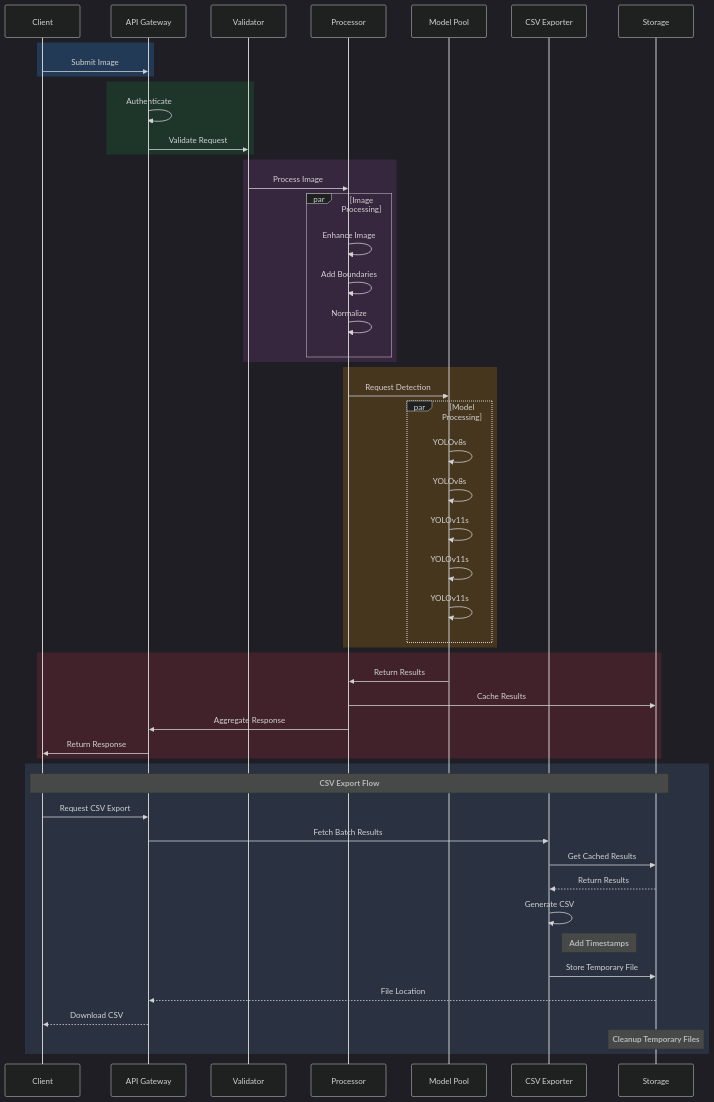
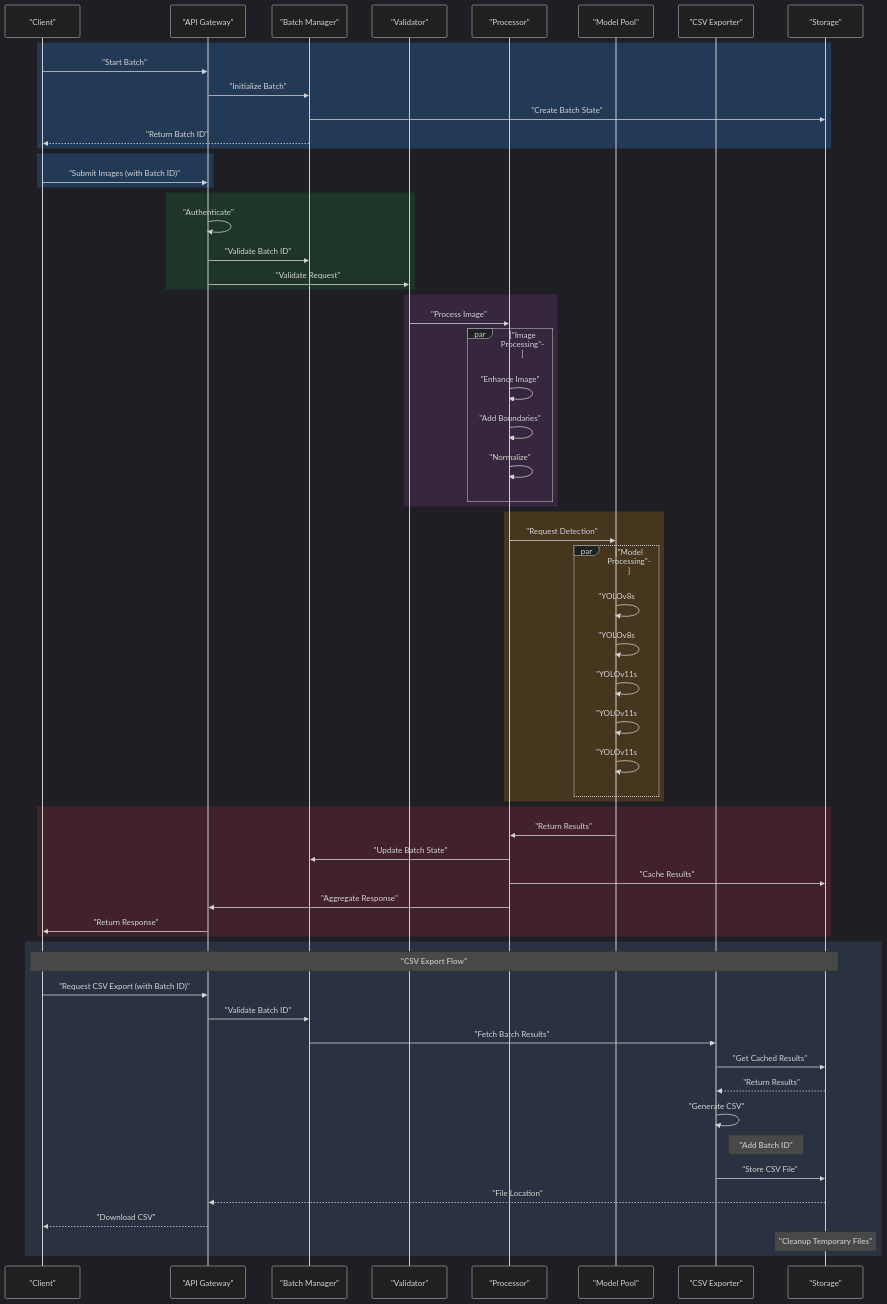
One commit to Dhruv0306/SymphonyProject1 changed the third of 11 diagrams in README.md. Above: the diagram before and after it, drawn with Mermaid. The commit also changed other lines of this file and 15 other files, not shown here.

First line of the commit message:
docs: enhance batch processing documentation and diagrams

````diff
--- a/README.md
+++ b/README.md
@@ -107,63 +188,74 @@
 ```mermaid
-%%{init:{'theme': 'dark','themeVariables': {'fontFamily': 'arial','fontSize': '22px','messageFontWeight': 'bold','noteFontWeight': 'bold'}}}%%
+%%{init:{'theme': 'dark','themeVariables': {'fontFamily': 'arial','fontSize': '22px','fontWeight': 'bold','messageFontWeight': 'bold','noteFontWeight': 'bold'}}}%%
 sequenceDiagram
-    participant C as Client
-    participant A as API Gateway
-    participant V as Validator
-    participant P as Processor
-    participant M as Model Pool
-    participant E as CSV Exporter
-    participant S as Storage
+    participant C as "Client"
+    participant A as "API Gateway"
+    participant B as "Batch Manager"
+    participant V as "Validator"
+    participant P as "Processor"
+    participant M as "Model Pool"
+    participant E as "CSV Exporter"
+    participant S as "Storage"
 
     rect rgba(40, 100, 160, 0.4)
-        C->>A: Submit Image
+        C->>A: "Start Batch"
+        A->>B: "Initialize Batch"
+        B->>S: "Create Batch State"
+        B-->>C: "Return Batch ID"
+    end
+
+    rect rgba(40, 100, 160, 0.4)
+        C->>A: "Submit Images (with Batch ID)"
     end
     
     rect rgba(30, 90, 50, 0.4)
-        A->>A: Authenticate
-        A->>V: Validate Request
+        A->>A: "Authenticate"
+        A->>B: "Validate Batch ID"
+        A->>V: "Validate Request"
     end
     
     rect rgba(90, 50, 100, 0.4)
-        V->>P: Process Image
+        V->>P: "Process Image"
         
-        par Image Processing
-            P->>P: Enhance Image
-            P->>P: Add Boundaries
-            P->>P: Normalize
+        par "Image Processing"
+            P->>P: "Enhance Image"
+            P->>P: "Add Boundaries"
+            P->>P: "Normalize"
         end
     end
     
     rect rgba(130, 90, 20, 0.4) 
-        P->>M: Request Detection
+        P->>M: "Request Detection"
         
-        par Model Processing
-            M->>M: YOLOv8s #1
-            M->>M: YOLOv8s #2
-            M->>M: YOLOv11s #1
-            M->>M: YOLOv11s #2
-            M->>M: YOLOv11s #3
+        par "Model Processing"
+            M->>M: "YOLOv8s #1"
+            M->>M: "YOLOv8s #2"
+            M->>M: "YOLOv11s #1"
+            M->>M: "YOLOv11s #2"
+            M->>M: "YOLOv11s #3"
         end
     end
     
     rect rgba(120, 40, 50, 0.4)
-        M->>P: Return Results
-        P->>S: Cache Results
-        P->>A: Aggregate Response
-        A->>C: Return Response
+        M->>P: "Return Results"
+        P->>B: "Update Batch State"
+        P->>S: "Cache Results"
+        P->>A: "Aggregate Response"
+        A->>C: "Return Response"
     end
 
     rect rgba(60, 80, 110, 0.4)
-        Note over C,S: CSV Export Flow
-        C->>A: Request CSV Export
-        A->>E: Fetch Batch Results
-        E->>S: Get Cached Results
-        S-->>E: Return Results
-        E->>E: Generate CSV
-        Note right of E: Add Timestamps
-        E->>S: Store Temporary File
-        S-->>A: File Location
-        A-->>C: Download CSV
-        Note over S: Cleanup Temporary Files
+        Note over C,S: "CSV Export Flow"
+        C->>A: "Request CSV Export (with Batch ID)"
+        A->>B: "Validate Batch ID"
+        B->>E: "Fetch Batch Results"
+        E->>S: "Get Cached Results"
+        S-->>E: "Return Results"
+        E->>E: "Generate CSV"
+        Note right of E: "Add Batch ID"
+        E->>S: "Store CSV File"
+        S-->>A: "File Location"
+        A-->>C: "Download CSV"
+        Note over S: "Cleanup Temporary Files"
     end
 ```
````
